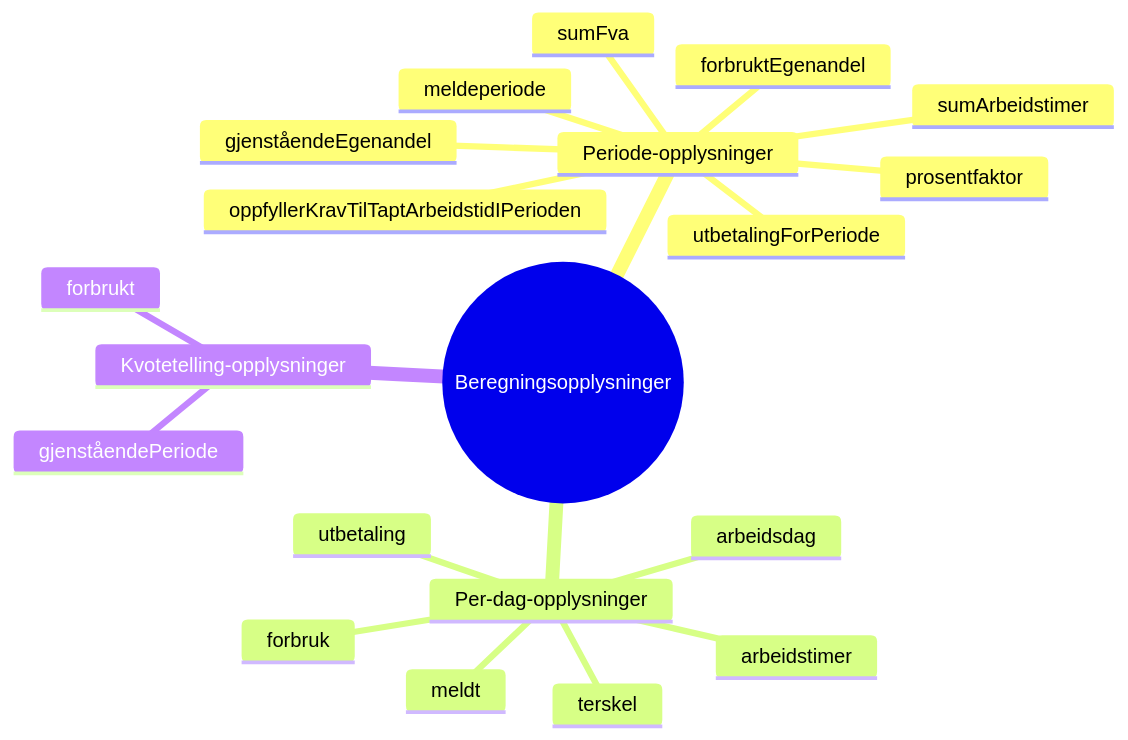
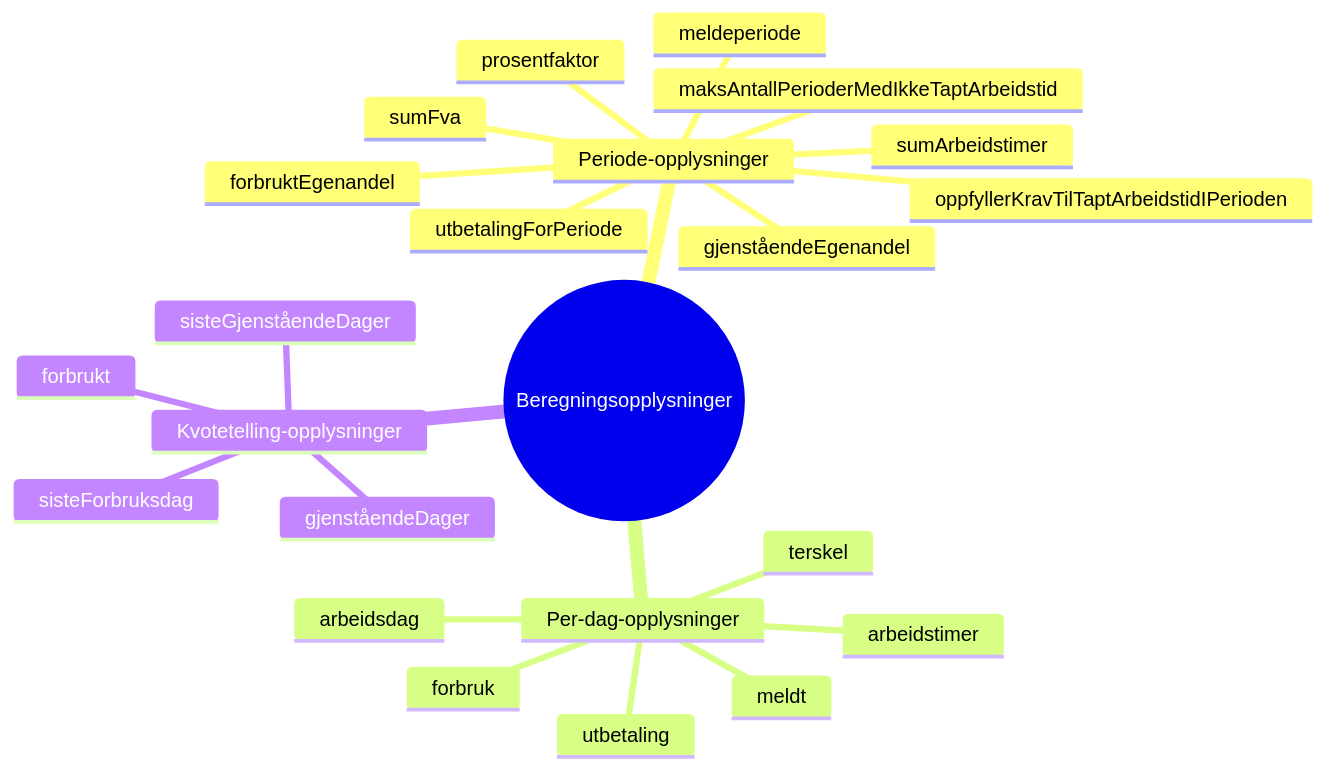
Before and after one commit to navikt/dp-behandling: the eighth of 9 diagrams in docs/beregning-meldekort-flyt.md, drawn with Mermaid. The commit also changed other lines of this file, not shown here.

````diff
--- a/docs/beregning-meldekort-flyt.md
+++ b/docs/beregning-meldekort-flyt.md
@@ -358,23 +385,26 @@
 ```mermaid
 mindmap
   root((Beregningsopplysninger))
     Periode-opplysninger
       meldeperiode
       forbruktEgenandel
       utbetalingForPeriode
       gjenståendeEgenandel
       oppfyllerKravTilTaptArbeidstidIPerioden
       sumFva
       sumArbeidstimer
       prosentfaktor
+      maksAntallPerioderMedIkkeTaptArbeidstid
     Per-dag-opplysninger
       forbruk
       utbetaling
       arbeidsdag
       arbeidstimer
       meldt
       terskel
     Kvotetelling-opplysninger
       forbrukt
-      gjenståendePeriode
+      gjenståendeDager
+      sisteForbruksdag
+      sisteGjenståendeDager
 ```
````
